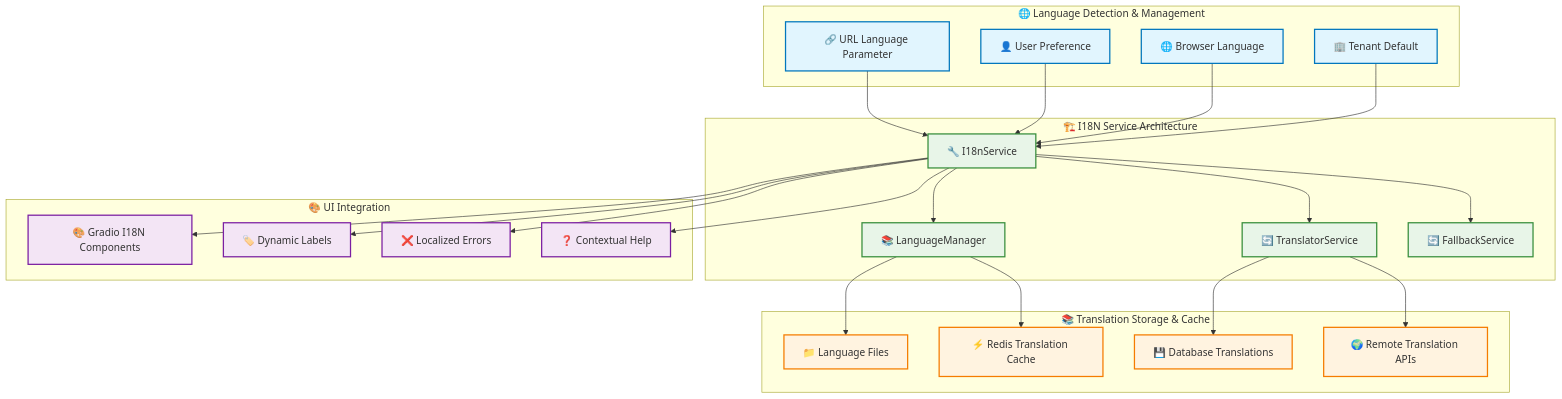
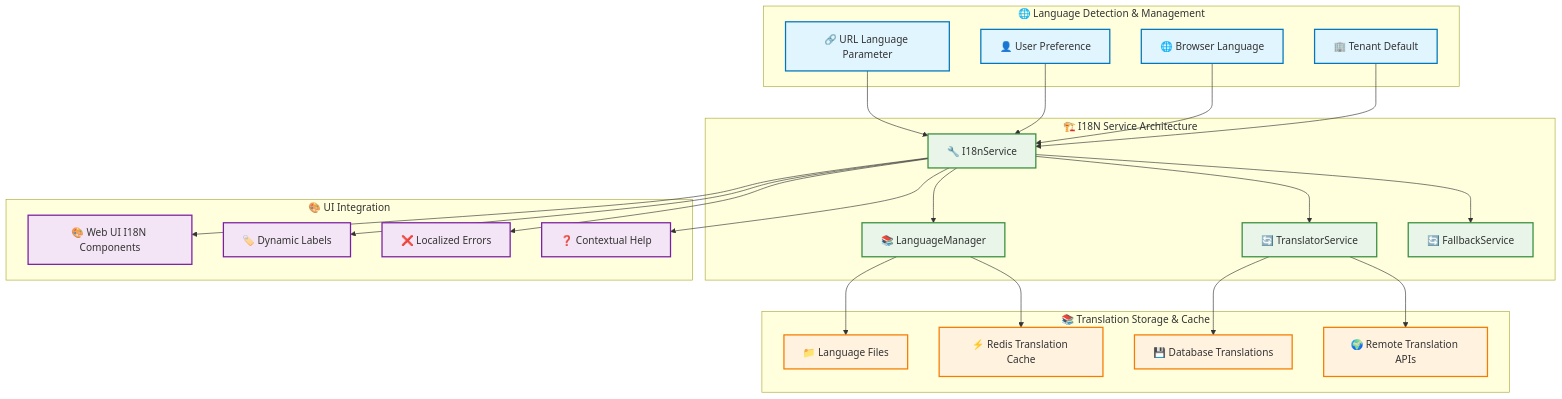
Diagram 12 of 16 in docs/ARCHITECTURE.md (MakerCorn/ai-prompt-manager), drawn with Mermaid before and after one commit. The commit also changed other lines of this file and 4 other files, not shown here.

````diff
--- a/docs/ARCHITECTURE.md
+++ b/docs/ARCHITECTURE.md
@@ -766,59 +766,59 @@
 ```mermaid
 graph TB
     subgraph "🌐 Language Detection & Management"
         URL_LANG[🔗 URL Language Parameter]
         USER_PREF[👤 User Preference]
         BROWSER_LANG[🌐 Browser Language]
         TENANT_DEFAULT[🏢 Tenant Default]
     end
 
     subgraph "🏗️ I18N Service Architecture"
         I18N_SERVICE[🔧 I18nService]
         LANG_MANAGER[📚 LanguageManager]
         TRANSLATOR_SVC[🔄 TranslatorService]
         FALLBACK_SVC[🔄 FallbackService]
     end
 
     subgraph "📚 Translation Storage & Cache"
         LANG_FILES[📁 Language Files]
         REDIS_CACHE[⚡ Redis Translation Cache]
         DB_TRANSLATIONS[💾 Database Translations]
         REMOTE_API[🌍 Remote Translation APIs]
     end
 
     subgraph "🎨 UI Integration"
-        GRADIO_I18N[🎨 Gradio I18N Components]
+        UI_I18N[🎨 Web UI I18N Components]
         DYNAMIC_LABELS[🏷️ Dynamic Labels]
         ERROR_MESSAGES[❌ Localized Errors]
         HELP_TEXT[❓ Contextual Help]
     end
 
     URL_LANG --> I18N_SERVICE
     USER_PREF --> I18N_SERVICE
     BROWSER_LANG --> I18N_SERVICE
     TENANT_DEFAULT --> I18N_SERVICE
     
     I18N_SERVICE --> LANG_MANAGER
     I18N_SERVICE --> TRANSLATOR_SVC
     I18N_SERVICE --> FALLBACK_SVC
     
     LANG_MANAGER --> LANG_FILES
     LANG_MANAGER --> REDIS_CACHE
     TRANSLATOR_SVC --> DB_TRANSLATIONS
     TRANSLATOR_SVC --> REMOTE_API
     
-    I18N_SERVICE --> GRADIO_I18N
+    I18N_SERVICE --> UI_I18N
     I18N_SERVICE --> DYNAMIC_LABELS
     I18N_SERVICE --> ERROR_MESSAGES
     I18N_SERVICE --> HELP_TEXT
 
     classDef detection fill:#e1f5fe,stroke:#0277bd,stroke-width:2px
     classDef service fill:#e8f5e8,stroke:#388e3c,stroke-width:2px
     classDef storage fill:#fff3e0,stroke:#f57c00,stroke-width:2px
     classDef ui fill:#f3e5f5,stroke:#7b1fa2,stroke-width:2px
 
     class URL_LANG,USER_PREF,BROWSER_LANG,TENANT_DEFAULT detection
     class I18N_SERVICE,LANG_MANAGER,TRANSLATOR_SVC,FALLBACK_SVC service
     class LANG_FILES,REDIS_CACHE,DB_TRANSLATIONS,REMOTE_API storage
-    class GRADIO_I18N,DYNAMIC_LABELS,ERROR_MESSAGES,HELP_TEXT ui
+    class UI_I18N,DYNAMIC_LABELS,ERROR_MESSAGES,HELP_TEXT ui
 ```
````
